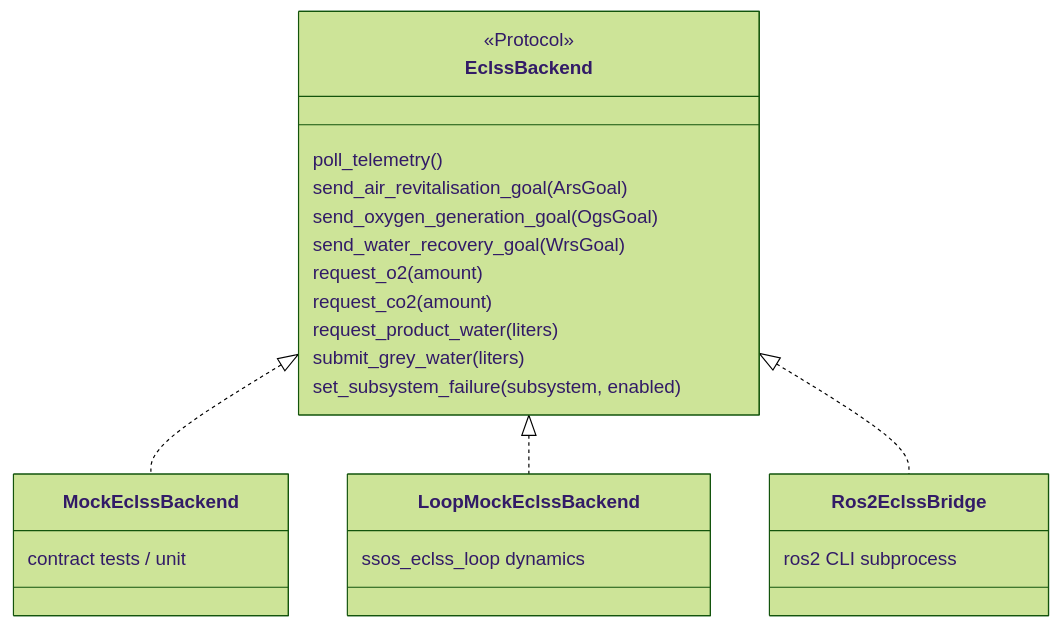
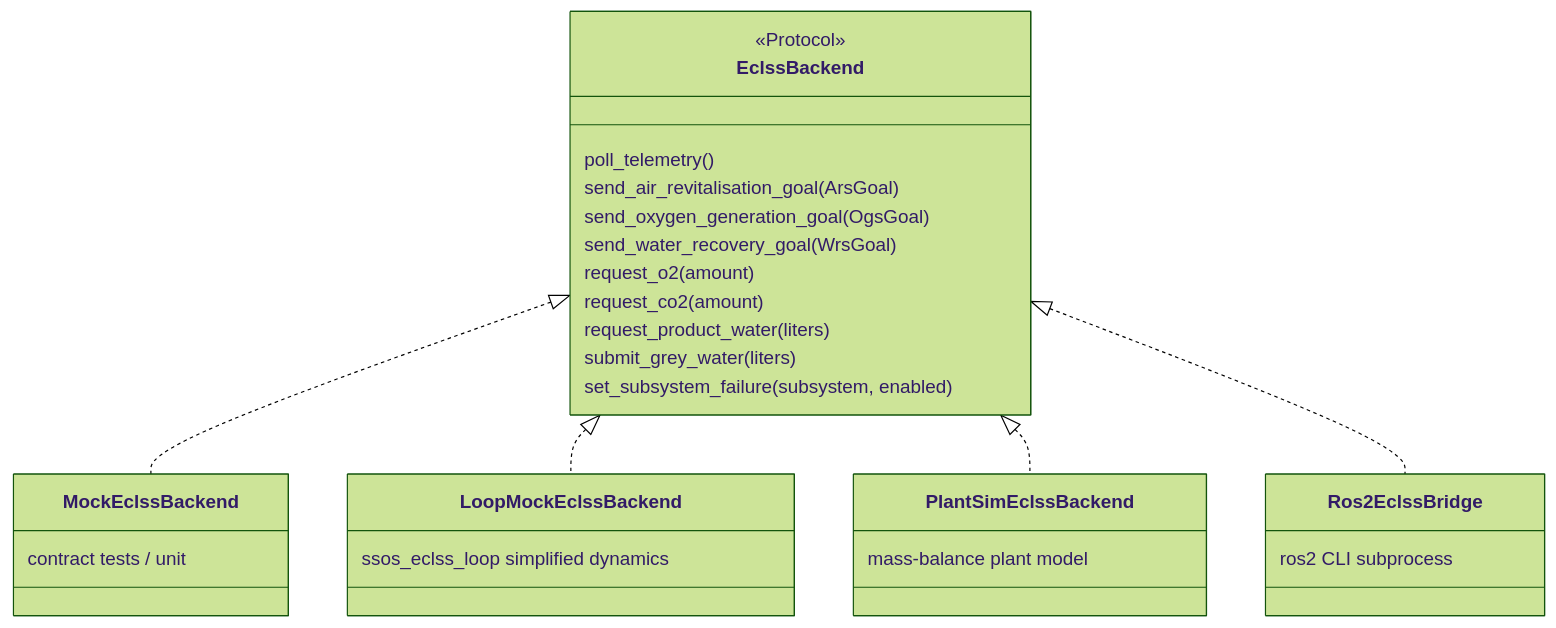
Before and after one commit to Hop-Step-Jump/singulab-hakkason2nd-engineering_agent: the first of 2 diagrams in docs/en/ssos/eclss-integration.md, drawn with Mermaid (forest theme). The commit also changed other lines of this file and 27 other files, not shown here.

Commit message:
fix: 0-based ssos steps, dashboard bounds, and Plant Sim docs (#48)

````diff
--- a/docs/en/ssos/eclss-integration.md
+++ b/docs/en/ssos/eclss-integration.md
@@ -75,27 +75,31 @@
 ```mermaid
 classDiagram
   class EclssBackend {
     <<Protocol>>
     poll_telemetry()
     send_air_revitalisation_goal(ArsGoal)
     send_oxygen_generation_goal(OgsGoal)
     send_water_recovery_goal(WrsGoal)
     request_o2(amount)
     request_co2(amount)
     request_product_water(liters)
     submit_grey_water(liters)
     set_subsystem_failure(subsystem, enabled)
   }
   class MockEclssBackend {
     contract tests / unit
   }
   class LoopMockEclssBackend {
-    ssos_eclss_loop dynamics
+    ssos_eclss_loop simplified dynamics
+  }
+  class PlantSimEclssBackend {
+    mass-balance plant model
   }
   class Ros2EclssBridge {
     ros2 CLI subprocess
   }
   EclssBackend <|.. MockEclssBackend
   EclssBackend <|.. LoopMockEclssBackend
+  EclssBackend <|.. PlantSimEclssBackend
   EclssBackend <|.. Ros2EclssBridge
 ```
````
